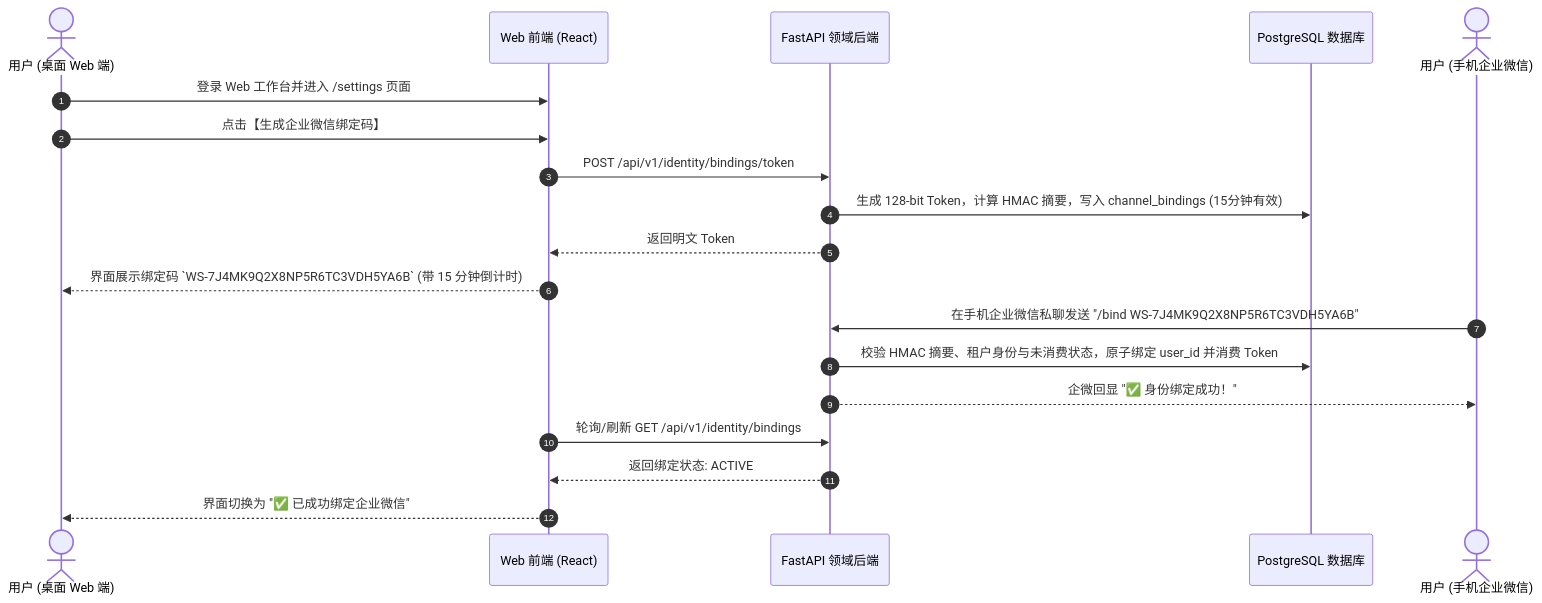
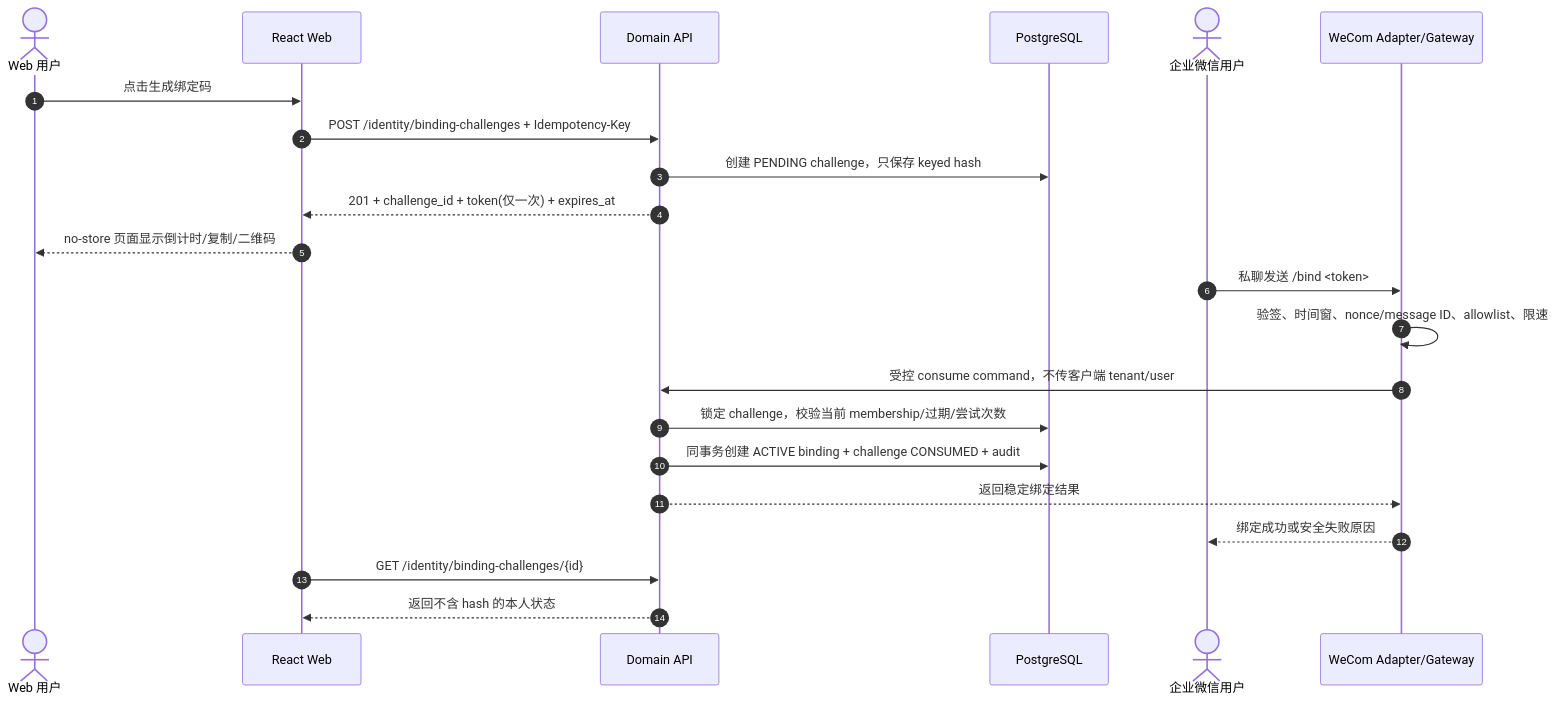
One commit to sinojelly/wealthsail changed the second of 4 diagrams in docs/09.WealthSail-MVP-Web投研工作台设计与实现规范.md. Above: the diagram before and after it, drawn with Mermaid. The commit also changed other lines of this file and 10 other files, not shown here.

````diff
--- a/docs/09.WealthSail-MVP-Web投研工作台设计与实现规范.md
+++ b/docs/09.WealthSail-MVP-Web投研工作台设计与实现规范.md
@@ -141,23 +261,25 @@
 ```mermaid
 sequenceDiagram
     autonumber
-    actor User as 用户 (桌面 Web 端)
-    participant Web as Web 前端 (React)
-    participant API as FastAPI 领域后端
-    participant DB as PostgreSQL 数据库
-    actor WeComUser as 用户 (手机企业微信)
+    actor User as Web 用户
+    participant Web as React Web
+    participant API as Domain API
+    participant DB as PostgreSQL
+    actor WeComUser as 企业微信用户
+    participant Adapter as WeCom Adapter/Gateway
 
-    User->>Web: 登录 Web 工作台并进入 /settings 页面
-    User->>Web: 点击【生成企业微信绑定码】
-    Web->>API: POST /api/v1/identity/bindings/token
-    API->>DB: 生成 128-bit Token，计算 HMAC 摘要，写入 channel_bindings (15分钟有效)
-    API-->>Web: 返回明文 Token
-    Web-->>User: 界面展示绑定码 `WS-7J4MK9Q2X8NP5R6TC3VDH5YA6B` (带 15 分钟倒计时)
-    
-    WeComUser->>API: 在手机企业微信私聊发送 "/bind WS-7J4MK9Q2X8NP5R6TC3VDH5YA6B"
-    API->>DB: 校验 HMAC 摘要、租户身份与未消费状态，原子绑定 user_id 并消费 Token
-    API-->>WeComUser: 企微回显 "✅ 身份绑定成功！"
-    Web->>API: 轮询/刷新 GET /api/v1/identity/bindings
-    API-->>Web: 返回绑定状态: ACTIVE
-    Web-->>User: 界面切换为 "✅ 已成功绑定企业微信"
+    User->>Web: 点击生成绑定码
+    Web->>API: POST /identity/binding-challenges + Idempotency-Key
+    API->>DB: 创建 PENDING challenge，只保存 keyed hash
+    API-->>Web: 201 + challenge_id + token(仅一次) + expires_at
+    Web-->>User: no-store 页面显示倒计时/复制/二维码
+    WeComUser->>Adapter: 私聊发送 /bind <token>
+    Adapter->>Adapter: 验签、时间窗、nonce/message ID、allowlist、限速
+    Adapter->>API: 受控 consume command，不传客户端 tenant/user
+    API->>DB: 锁定 challenge，校验当前 membership/过期/尝试次数
+    API->>DB: 同事务创建 ACTIVE binding + challenge CONSUMED + audit
+    API-->>Adapter: 返回稳定绑定结果
+    Adapter-->>WeComUser: 绑定成功或安全失败原因
+    Web->>API: GET /identity/binding-challenges/{id}
+    API-->>Web: 返回不含 hash 的本人状态
 ```
````
